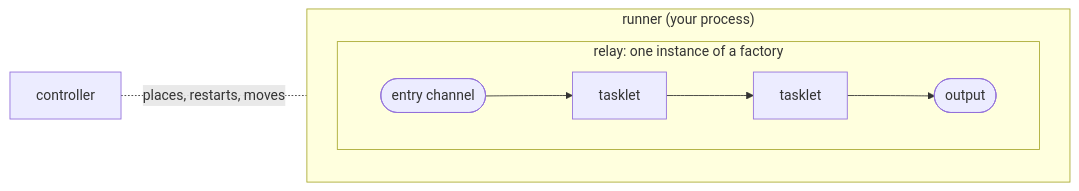
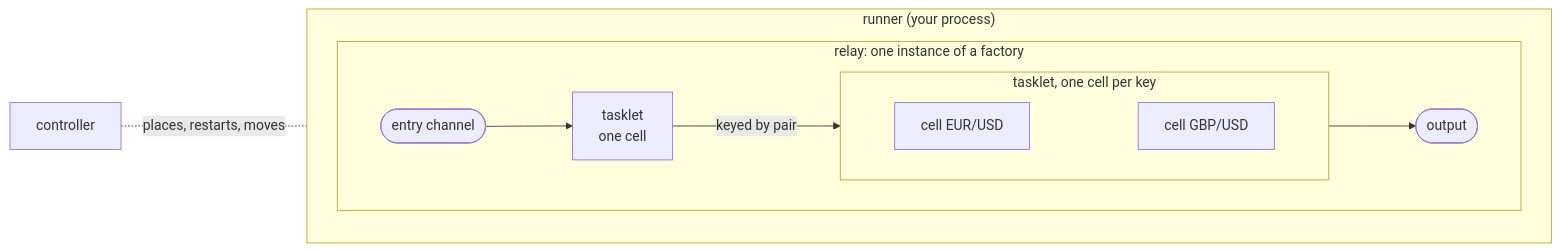
The diagram in priv/ai_kit/docs/building_blocks.md (Flezha/flezha), drawn with Mermaid before and after one commit. The commit also changed other lines of this file and 1 other file, not shown here.

````diff
--- a/priv/ai_kit/docs/building_blocks.md
+++ b/priv/ai_kit/docs/building_blocks.md
@@ -20,10 +20,15 @@
 ```mermaid
 flowchart LR
     subgraph R["runner (your process)"]
         subgraph O["relay: one instance of a factory"]
             direction LR
-            I(["entry channel"]) --> T1["tasklet"] --> T2["tasklet"] --> S(["output"])
+            I(["entry channel"]) --> T1["tasklet<br/>one cell"]
+            T1 -- "keyed by pair" --> T2
+            subgraph T2["tasklet, one cell per key"]
+                C1["cell EUR/USD"] ~~~ C2["cell GBP/USD"]
+            end
+            T2 --> S(["output"])
         end
     end
     C["controller"] -. "places, restarts, moves" .- R
 ```
````
